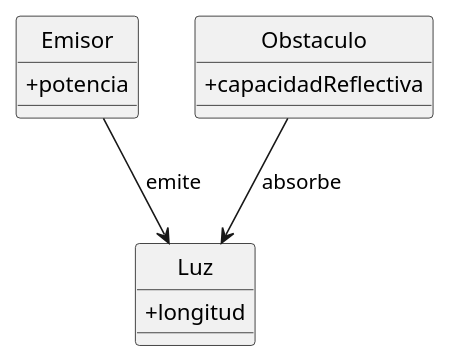
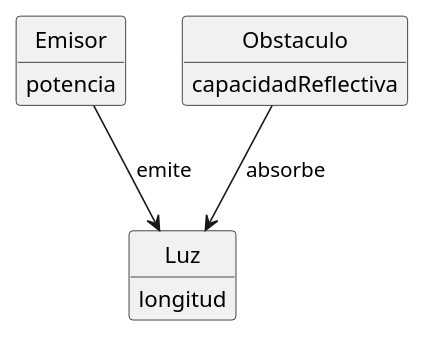
One commit to miguelrivasmorantes-devu/26-27-idsw1 changed the diagram in entregas/rivasMiguel/modelosUML/sombra/modelo_dominio.puml. Above: the diagram before and after it, drawn with PlantUML. The commit also changed 2 other files, not shown here.

```diff
--- a/entregas/rivasMiguel/modelosUML/sombra/modelo_dominio.puml
+++ b/entregas/rivasMiguel/modelosUML/sombra/modelo_dominio.puml
@@ -1,21 +1,23 @@
 @startuml modelo_dominio
 skinparam style strictuml
 skinparam classAttributeIconSize 0
 skinparam monochrome false
 skinparam shadowing false
+hide circle
+hide empty methods
 
 class Emisor {
-    + potencia
+    potencia
 }
 
 class Luz {
-    + longitud
+    longitud
 }
 
 class Obstaculo {
-    + capacidadReflectiva
+    capacidadReflectiva
 }
 
 Emisor --> Luz : emite
 Obstaculo --> Luz : absorbe
 @enduml
```
